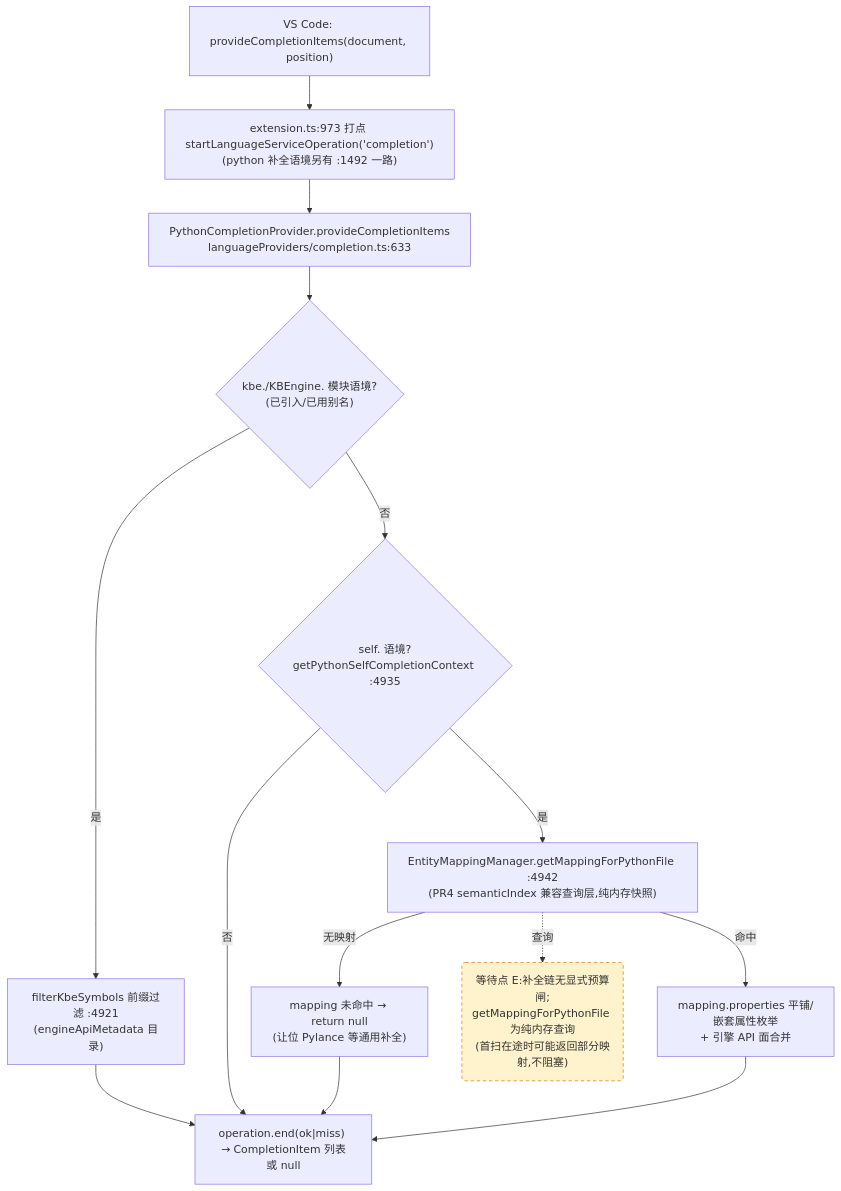
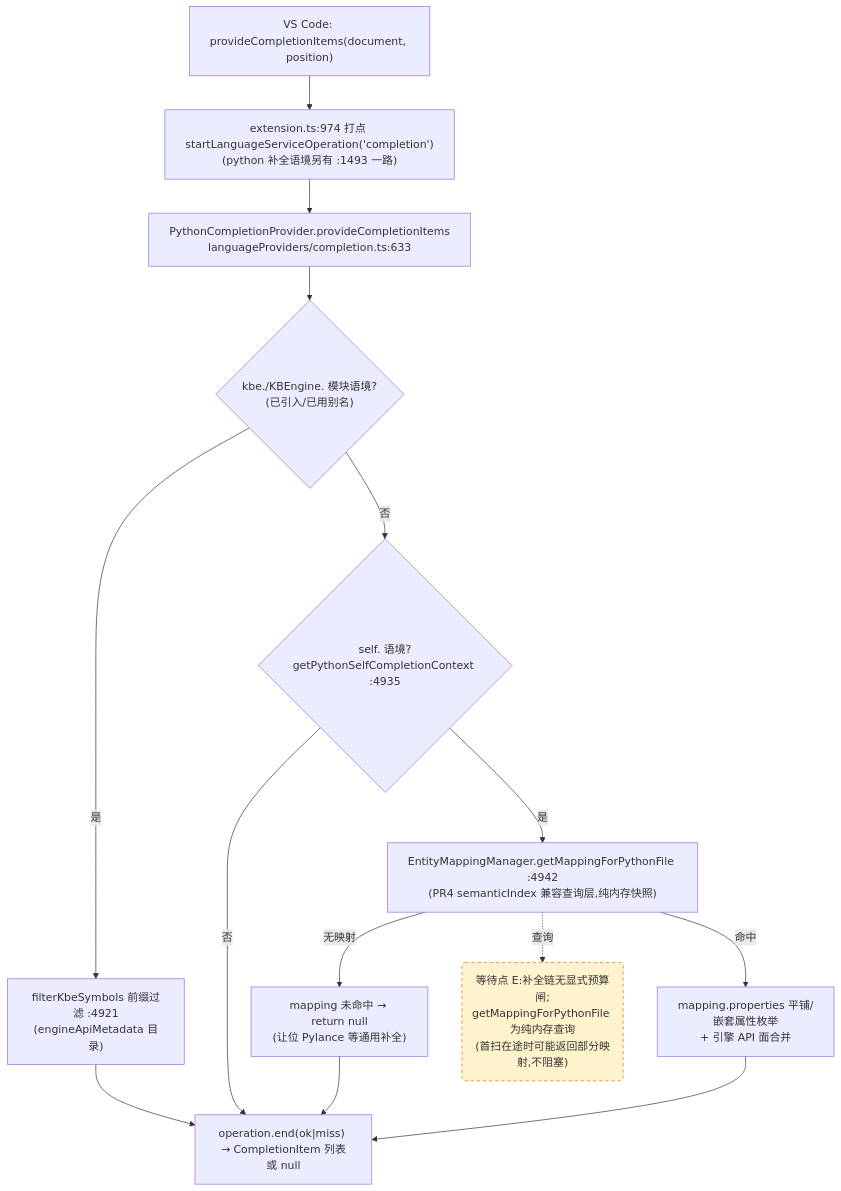
Before and after one commit to cuihairu/kode: the third of 4 diagrams in docs/perf/2026-baseline.md, drawn with Mermaid. The commit also changed other lines of this file and 16 other files, not shown here.

````diff
--- a/docs/perf/2026-baseline.md
+++ b/docs/perf/2026-baseline.md
@@ -184,27 +184,27 @@
 ```mermaid
 flowchart TD
   VC3["VS Code: provideCompletionItems(document, position)"]
-  M3["extension.ts:973 打点 startLanguageServiceOperation('completion')<br/>(python 补全语境另有 :1492 一路)"]
+  M3["extension.ts:974 打点 startLanguageServiceOperation('completion')<br/>(python 补全语境另有 :1493 一路)"]
   CP["PythonCompletionProvider.provideCompletionItems<br/>languageProviders/completion.ts:633"]
   KBEC{"kbe./KBEngine. 模块语境?<br/>(已引入/已用别名)"}
   FILTER["filterKbeSymbols 前缀过滤 :4921<br/>(engineApiMetadata 目录)"]
   SELFC{"self. 语境?<br/>getPythonSelfCompletionContext :4935"}
   MAP["EntityMappingManager.getMappingForPythonFile :4942<br/>(PR4 semanticIndex 兼容查询层,纯内存快照)"]
   NOMAP["mapping 未命中 → return null<br/>(让位 Pylance 等通用补全)"]
   PROPS["mapping.properties 平铺/嵌套属性枚举<br/>+ 引擎 API 面合并"]
   END3["operation.end(ok|miss) → CompletionItem 列表或 null"]
 
   VC3 --> M3 --> CP --> KBEC
   KBEC -- "是" --> FILTER --> END3
   KBEC -- "否" --> SELFC
   SELFC -- "否" --> END3
   SELFC -- "是" --> MAP
   MAP -- "无映射" --> NOMAP --> END3
   MAP -- "命中" --> PROPS --> END3
 
   WAITE("等待点 E:补全链无显式预算闸;<br/>getMappingForPythonFile 为纯内存查询<br/>(首扫在途时可能返回部分映射,不阻塞)")
   MAP -.->|查询| WAITE
 
   classDef waitPoint fill:#fff3cd,stroke:#d97706,stroke-dasharray:5 4;
   class WAITE waitPoint;
 ```
````
